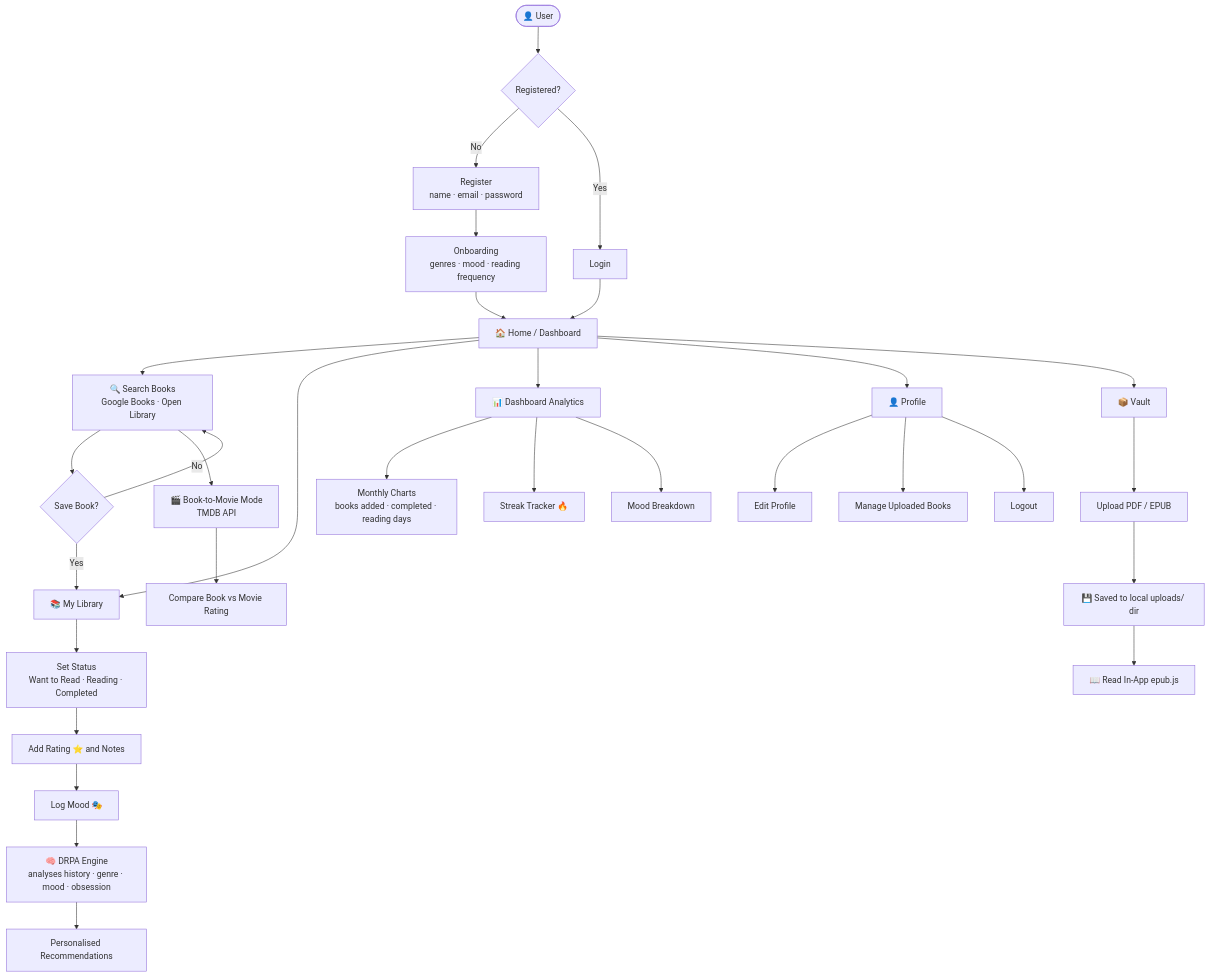
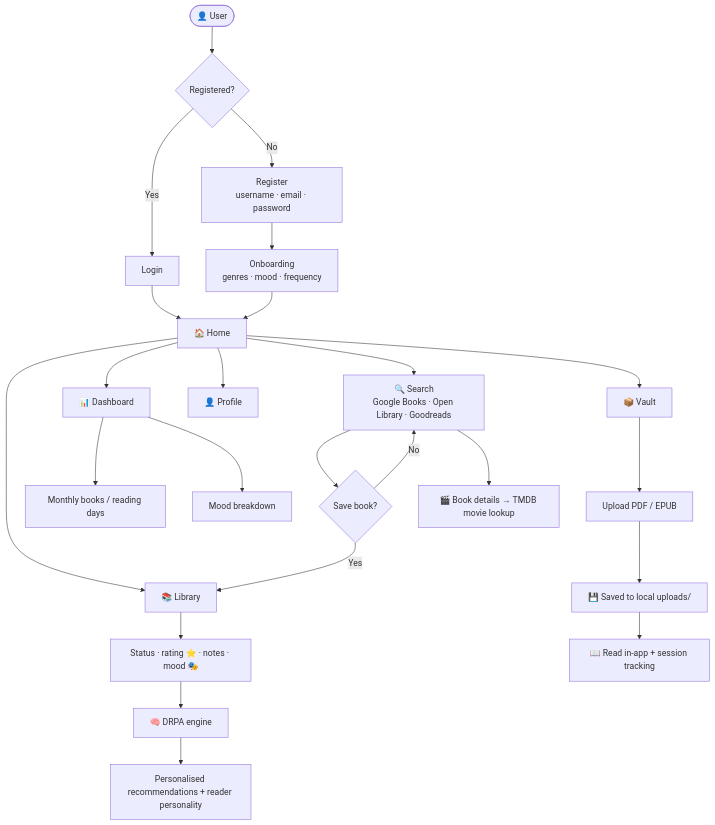
Before and after one commit to ria0304/BOOKNEST-: the first of 2 diagrams in README.md, drawn with Mermaid. The commit also changed other lines of this file, not shown here.

First line of the commit message:
Revise README for clarity and additional details

````diff
--- a/README.md
+++ b/README.md
@@ -48,42 +70,32 @@
 ```mermaid
 flowchart TD
     A([👤 User]) --> B{Registered?}
-
-    B -- No --> C[Register\nname · email · password]
+    B -- No --> C[Register<br/>username · email · password]
     B -- Yes --> D[Login]
-
-    C --> E[Onboarding\ngenres · mood · reading frequency]
-    D --> F[🏠 Home / Dashboard]
+    C --> E[Onboarding<br/>genres · mood · frequency]
+    D --> F[🏠 Home]
     E --> F
 
-    F --> G[🔍 Search Books\nGoogle Books · Open Library]
-    F --> H[📚 My Library]
-    F --> I[📊 Dashboard Analytics]
+    F --> G[🔍 Search<br/>Google Books · Open Library · Goodreads]
+    F --> H[📚 Library]
+    F --> I[📊 Dashboard]
     F --> J[👤 Profile]
     F --> K[📦 Vault]
 
-    G --> G1{Save Book?}
+    G --> G1{Save book?}
     G1 -- Yes --> H
     G1 -- No --> G
 
-    H --> H1[Set Status\nWant to Read · Reading · Completed]
-    H1 --> H2[Add Rating ⭐ and Notes]
-    H2 --> H3[Log Mood 🎭]
-    H3 --> L[🧠 DRPA Engine\nanalyses history · genre · mood · obsession]
-    L --> M[Personalised Recommendations]
+    H --> H1[Status · rating ⭐ · notes · mood 🎭]
+    H1 --> L[🧠 DRPA engine]
+    L --> M[Personalised recommendations + reader personality]
 
-    I --> I1[Monthly Charts\nbooks added · completed · reading days]
-    I --> I2[Streak Tracker 🔥]
-    I --> I3[Mood Breakdown]
+    I --> I1[Monthly books / reading days]
+    I --> I2[Mood breakdown]
 
     K --> K1[Upload PDF / EPUB]
-    K1 --> K2[💾 Saved to local uploads/ dir]
-    K2 --> K3[📖 Read In-App epub.js]
+    K1 --> K2[💾 Saved to local uploads/]
+    K2 --> K3[📖 Read in-app + session tracking]
 
-    G --> N[🎬 Book-to-Movie Mode\nTMDB API]
-    N --> N1[Compare Book vs Movie Rating]
-
-    J --> J1[Edit Profile]
-    J --> J2[Manage Uploaded Books]
-    J --> J3[Logout]
+    G --> N[🎬 Book details → TMDB movie lookup]
 ```
````
